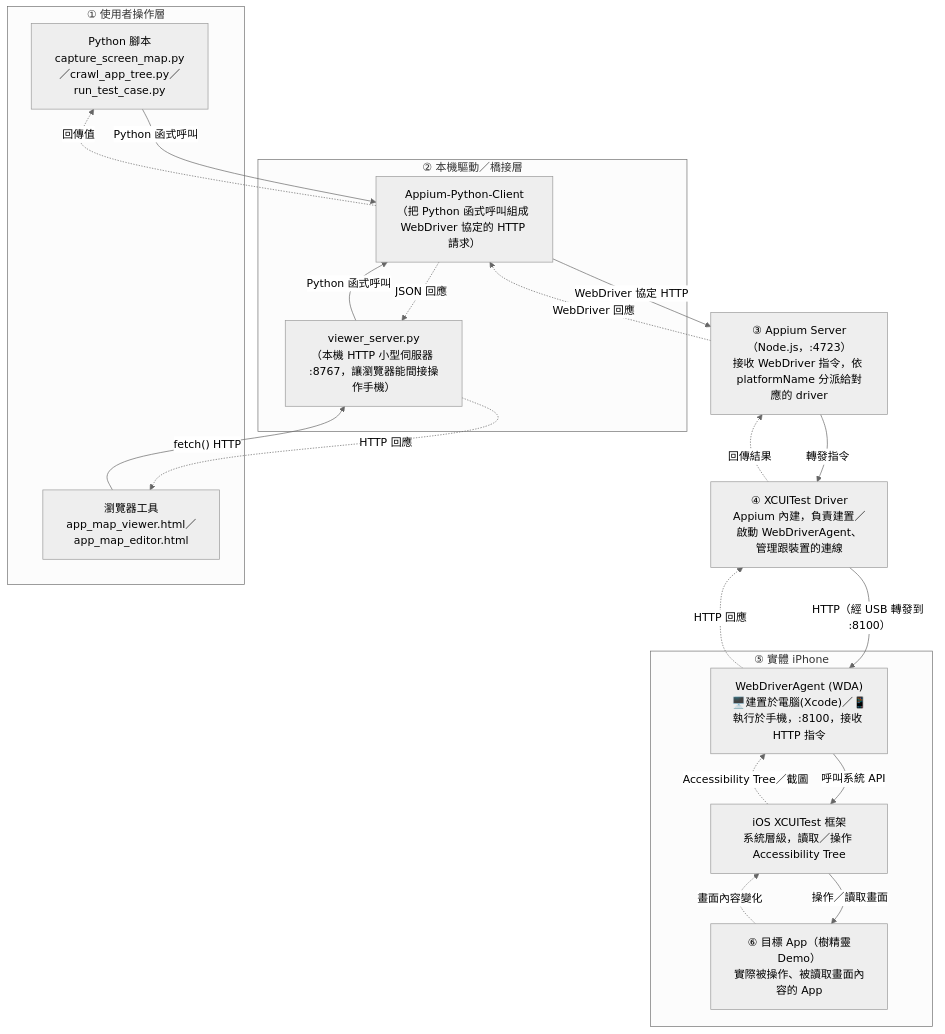
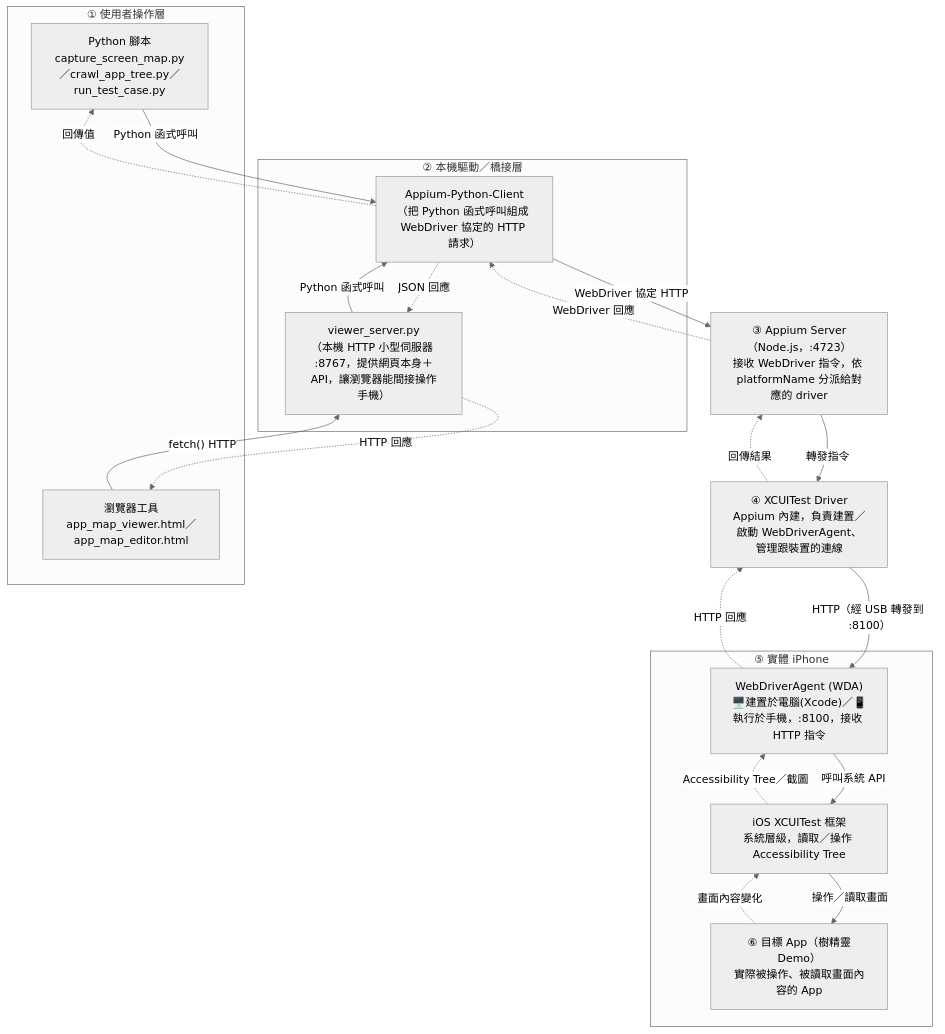
The second of 3 diagrams in docs/AUTOMATION_ARCHITECTURE_FLOW.md (bblack1225/ai-in-test), drawn with Mermaid (neutral theme) before and after one commit. The commit also changed 4 other files, not shown here.

First line of the commit message:
網頁改由 viewer_server.py 提供，API 同源並拒絕跨站請求

````diff
--- a/docs/AUTOMATION_ARCHITECTURE_FLOW.md
+++ b/docs/AUTOMATION_ARCHITECTURE_FLOW.md
@@ -37,40 +37,40 @@
 ```mermaid
 flowchart TD
     subgraph L1["① 使用者操作層"]
         A1["Python 腳本<br/>capture_screen_map.py／crawl_app_tree.py／run_test_case.py"]
         A2["瀏覽器工具<br/>app_map_viewer.html／app_map_editor.html"]
     end
 
     subgraph L2["② 本機驅動／橋接層"]
         B1["Appium-Python-Client<br/>（把 Python 函式呼叫組成 WebDriver 協定的 HTTP 請求）"]
-        B2["viewer_server.py<br/>（本機 HTTP 小型伺服器 :8767，讓瀏覽器能間接操作手機）"]
+        B2["viewer_server.py<br/>（本機 HTTP 小型伺服器 :8767，提供網頁本身＋API，讓瀏覽器能間接操作手機）"]
     end
 
     C["③ Appium Server（Node.js，:4723）<br/>接收 WebDriver 指令，依 platformName 分派給對應的 driver"]
 
     D["④ XCUITest Driver<br/>Appium 內建，負責建置／啟動 WebDriverAgent、管理跟裝置的連線"]
 
     subgraph L3["⑤ 實體 iPhone"]
         E["WebDriverAgent (WDA)<br/>🖥️建置於電腦(Xcode)／📱執行於手機，:8100，接收 HTTP 指令"]
         F["iOS XCUITest 框架<br/>系統層級，讀取／操作 Accessibility Tree"]
         G["⑥ 目標 App（樹精靈Demo）<br/>實際被操作、被讀取畫面內容的 App"]
     end
 
     A1 -->|"Python 函式呼叫"| B1
     A2 -->|"fetch() HTTP"| B2
     B2 -->|"Python 函式呼叫"| B1
     B1 -->|"WebDriver 協定 HTTP"| C
     C -->|"轉發指令"| D
     D -->|"HTTP（經 USB 轉發到 :8100）"| E
     E -->|"呼叫系統 API"| F
     F -->|"操作／讀取畫面"| G
 
     G -.->|"畫面內容變化"| F
     F -.->|"Accessibility Tree／截圖"| E
     E -.->|"HTTP 回應"| D
     D -.->|"回傳結果"| C
     C -.->|"WebDriver 回應"| B1
     B1 -.->|"回傳值"| A1
     B1 -.->|"JSON 回應"| B2
     B2 -.->|"HTTP 回應"| A2
 ```
````
